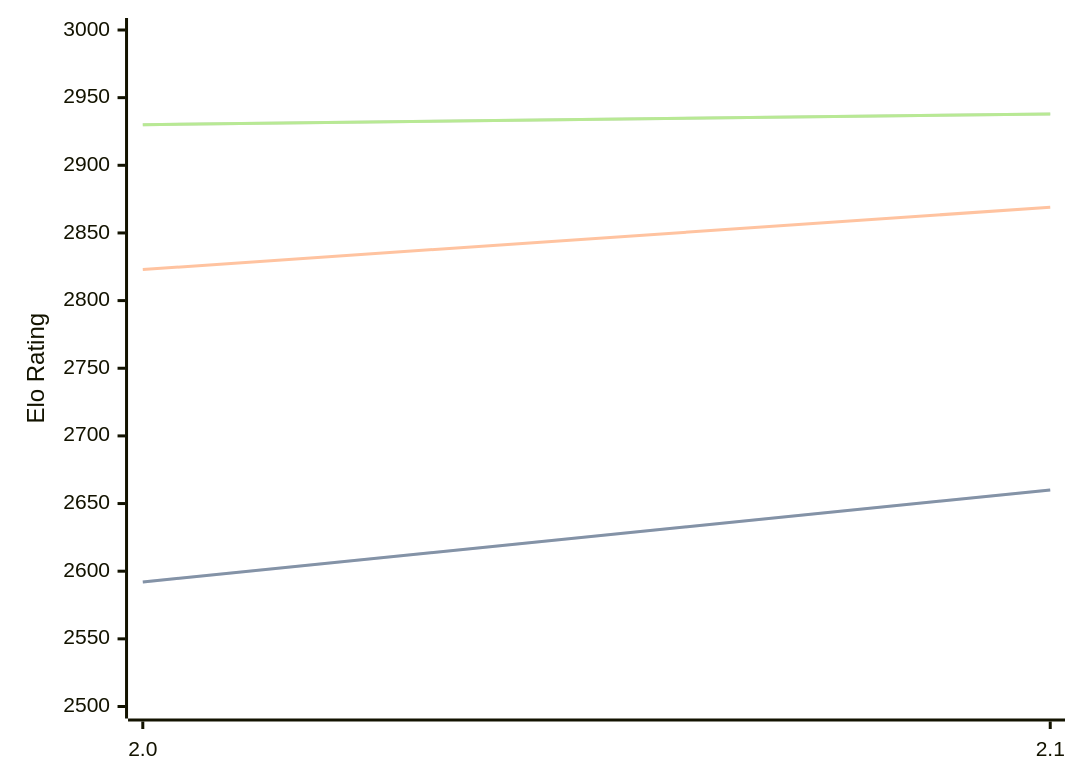
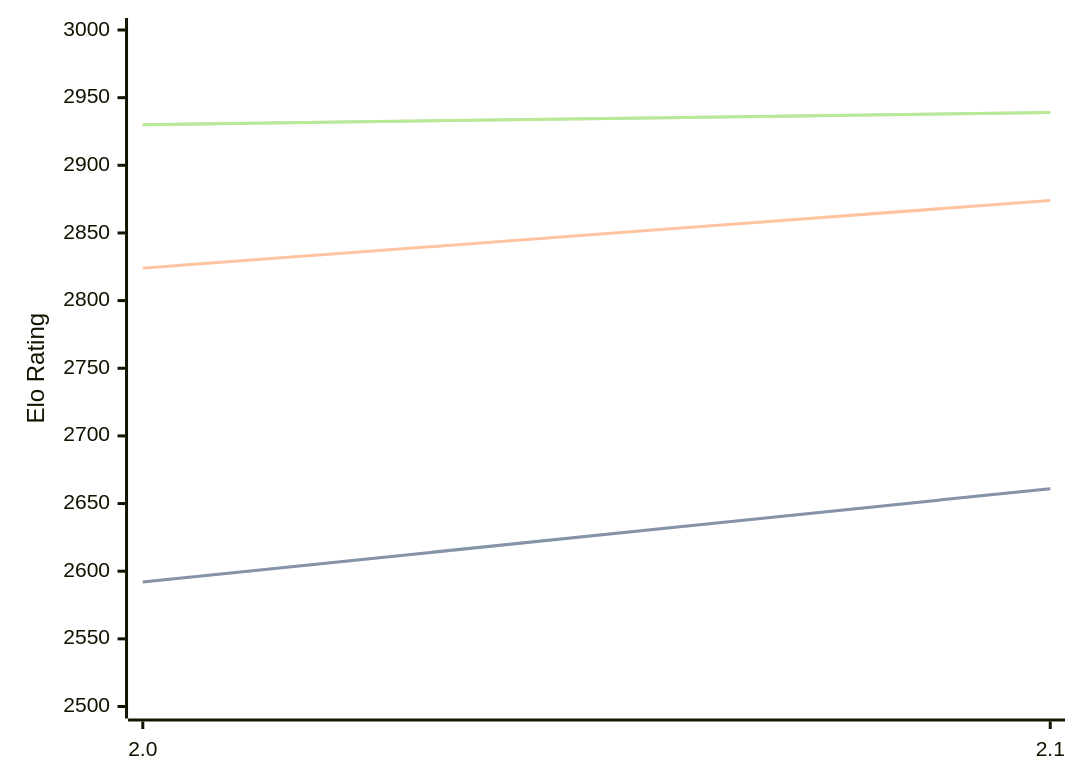
The diagram in engines/Noggin.md (computer-chess-index/cci), drawn with Mermaid before and after one commit. The commit also changed other lines of this file, not shown here.

Commit message:
Update CCI Ratings (ELO VLTC) - 2026-08-21

````diff
--- a/engines/Noggin.md
+++ b/engines/Noggin.md
@@ -33,11 +33,11 @@
 ```mermaid
 %%{init: {"theme":"base","themeVariables":{"seriesColors:['#a3a3a3','#222221','#faa371']}}}%%
 xychart-beta
   x-axis ["2.0", "2.1"]
   y-axis "Elo Rating" 2500 --> 3000
-  line "STC (8.0+0.08s)" [2592, 2660]
-  line "STC (8.0+0.08s)" [2592, 2660]
-  line "LTC (60.0+0.60s)" [2823, 2869]
-  line "VLTC (2m24s+1.12s)" [2930, 2938]
-  line "VLTC (2m24s+1.12s)" [2930, 2938]
+  line "STC (8.0+0.08s)" [2592, 2661]
+  line "STC (8.0+0.08s)" [2592, 2661]
+  line "LTC (60.0+0.60s)" [2824, 2874]
+  line "VLTC (2m24s+1.12s)" [2930, 2939]
+  line "VLTC (2m24s+1.12s)" [2930, 2939]
 ```
````
